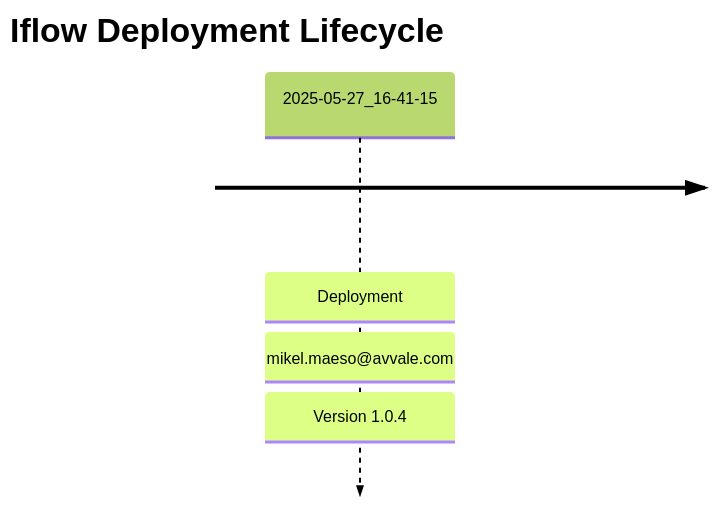
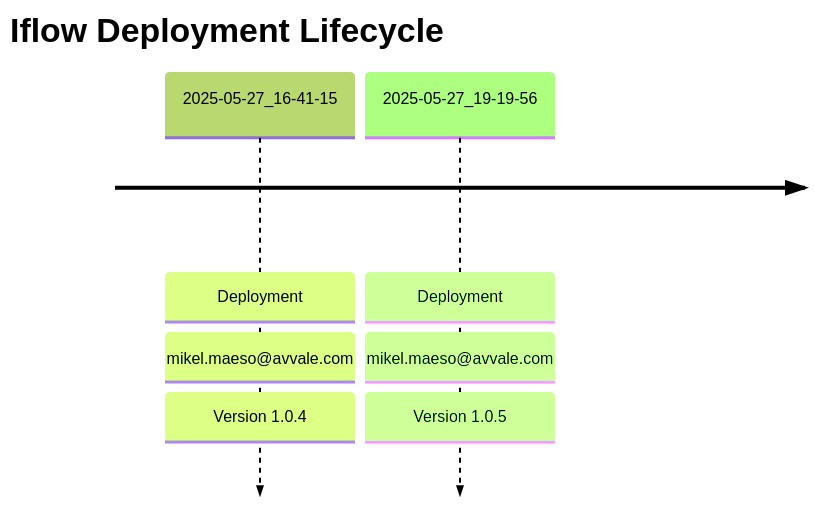
The diagram in REPSOL - Demo IA Docs/Check_Connectivity_to_SAP_Business_Suite_-_REPSOL/README.md (Avvale-IA-CICD/AvvaleCPI), drawn with Mermaid before and after one commit. The commit also changed other lines of this file, not shown here.

Commit message:
docs: Update master README for REPSOL - Demo IA Docs/Check_Connectivity_to_SAP_Business_Suite_-_REPSOL (v 1.0.5)

````diff
--- a/REPSOL - Demo IA Docs/Check_Connectivity_to_SAP_Business_Suite_-_REPSOL/README.md
+++ b/REPSOL - Demo IA Docs/Check_Connectivity_to_SAP_Business_Suite_-_REPSOL/README.md
@@ -7,6 +7,7 @@
 ```mermaid
 %%{init: { 'logLevel': 'debug', 'theme': 'forest' } }%%
 timeline
     title Iflow Deployment Lifecycle
     2025-05-27_16-41-15 : Deployment : mikel.maeso@avvale.com : Version 1.0.4
+    2025-05-27_19-19-56 : Deployment : mikel.maeso@avvale.com : Version 1.0.5
 ```
````
